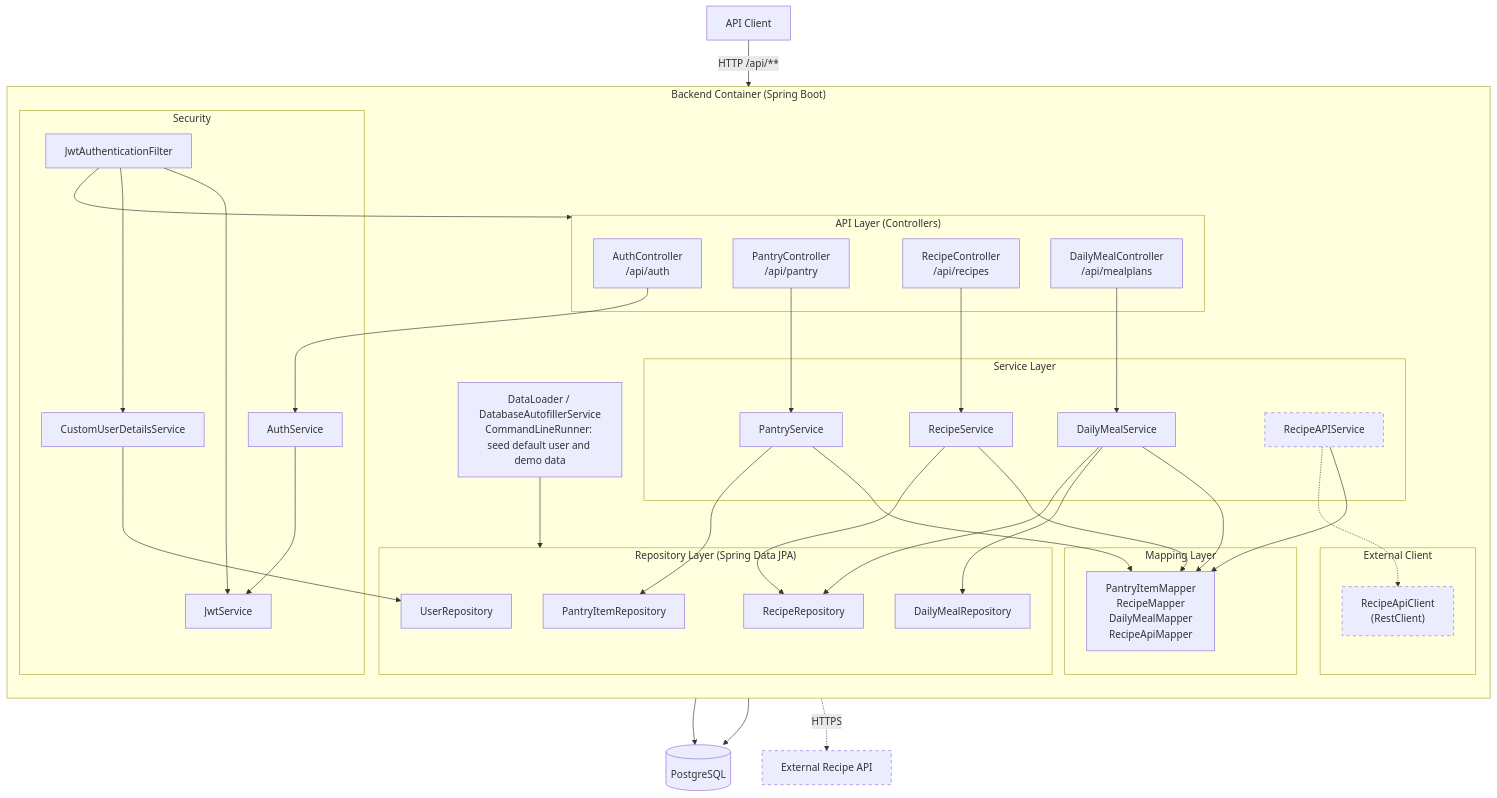
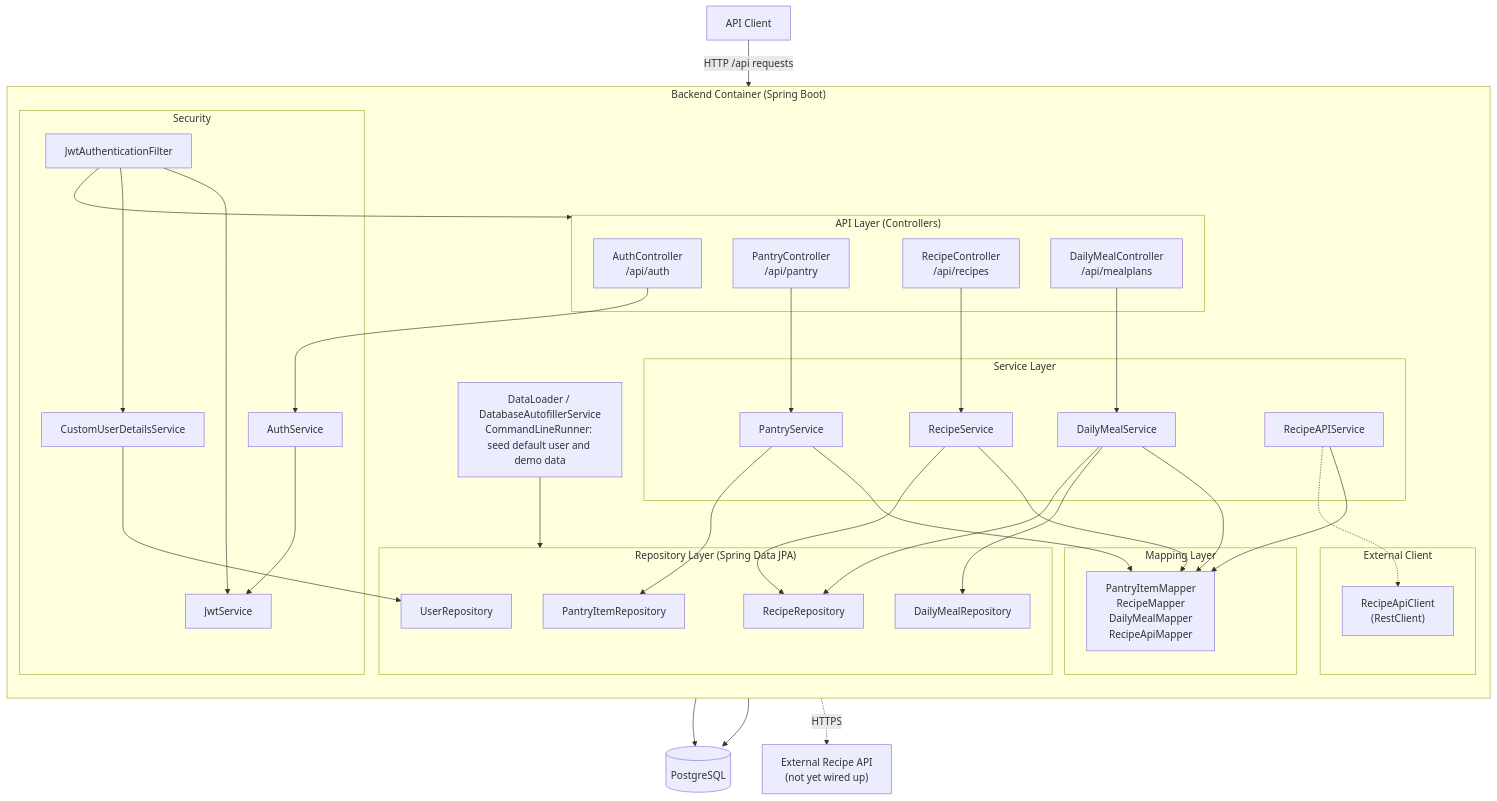
The diagram in docs/diagrams/c3-component-backend.md (hsd-inflab/simple-meal-planner), drawn with Mermaid before and after one commit. The commit also changed 4 other files, not shown here.

````diff
--- a/docs/diagrams/c3-component-backend.md
+++ b/docs/diagrams/c3-component-backend.md
@@ -11,82 +11,79 @@
 ```mermaid
 graph TB
     client["API Client"]
 
     subgraph backend["Backend Container (Spring Boot)"]
         direction TB
 
         subgraph security["Security"]
             jwtFilter["JwtAuthenticationFilter"]
             jwtService["JwtService"]
             userDetails["CustomUserDetailsService"]
             authService["AuthService"]
         end
 
         subgraph api["API Layer (Controllers)"]
             authCtrl["AuthController<br/>/api/auth"]
             pantryCtrl["PantryController<br/>/api/pantry"]
             recipeCtrl["RecipeController<br/>/api/recipes"]
             mealCtrl["DailyMealController<br/>/api/mealplans"]
         end
 
         subgraph services["Service Layer"]
             pantrySvc["PantryService"]
             recipeSvc["RecipeService"]
             mealSvc["DailyMealService"]
             recipeApiSvc["RecipeAPIService"]
         end
 
         subgraph mappers["Mapping Layer"]
             mapperGrp["PantryItemMapper<br/>RecipeMapper<br/>DailyMealMapper<br/>RecipeApiMapper"]
         end
 
         subgraph repos["Repository Layer (Spring Data JPA)"]
             pantryRepo["PantryItemRepository"]
             recipeRepo["RecipeRepository"]
             mealRepo["DailyMealRepository"]
             userRepo["UserRepository"]
         end
 
         subgraph client_layer["External Client"]
             apiClient["RecipeApiClient<br/>(RestClient)"]
         end
 
         bootstrap["DataLoader / DatabaseAutofillerService<br/>CommandLineRunner: seed default user and demo data"]
     end
 
     db[("PostgreSQL")]
-    recipeApi["External Recipe API"]
+    recipeApi["External Recipe API<br/>(not yet wired up)"]
 
-    client -->|"HTTP /api/**"| jwtFilter
+    client -->|"HTTP /api requests"| jwtFilter
     jwtFilter --> jwtService
     jwtFilter --> userDetails
     jwtFilter --> api
 
     authCtrl --> authService
     authService --> jwtService
     userDetails --> userRepo
 
     pantryCtrl --> pantrySvc
     recipeCtrl --> recipeSvc
     mealCtrl --> mealSvc
 
     pantrySvc --> mapperGrp
     recipeSvc --> mapperGrp
     mealSvc --> mapperGrp
     recipeApiSvc --> mapperGrp
 
     pantrySvc --> pantryRepo
     recipeSvc --> recipeRepo
     mealSvc --> mealRepo
     mealSvc --> recipeRepo
 
     repos --> db
     userRepo --> db
     bootstrap --> repos
 
     recipeApiSvc -.-> apiClient
     apiClient -.->|"HTTPS"| recipeApi
-
-    classDef planned stroke-dasharray: 5 5;
-    class recipeApiSvc,apiClient,recipeApi planned;
 ```
````
